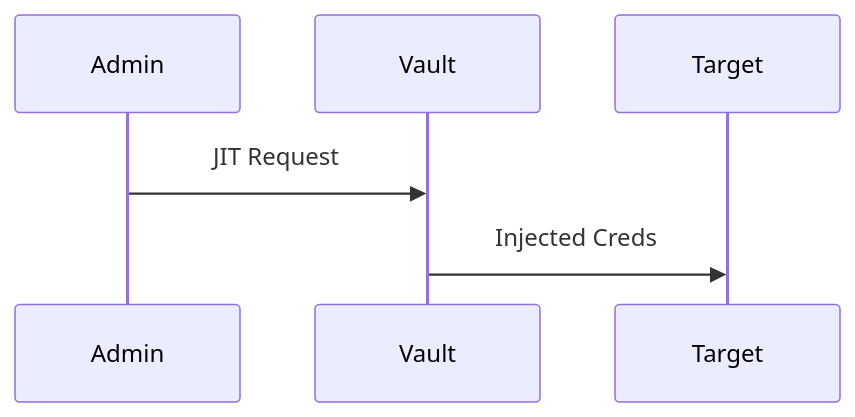
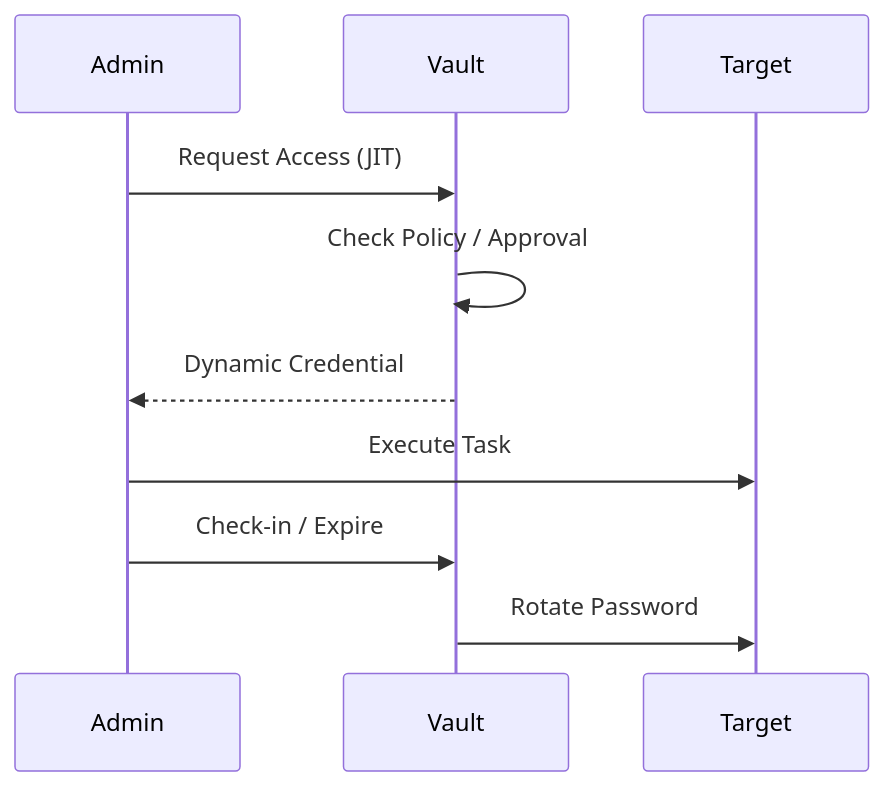
Before and after one commit to Devopstrio/identity-governance-framework: the sixth of 30 diagrams in README.md, drawn with Mermaid. The commit also changed other lines of this file, not shown here.

Commit message:
docs: finalize premium institutional-grade README with 30+ diagrams and executive summary

````diff
--- a/README.md
+++ b/README.md
@@ -64,5 +149,13 @@
 ```mermaid
 sequenceDiagram
-    Admin->>Vault: JIT Request
-    Vault->>Target: Injected Creds
+    participant Admin
+    participant Vault
+    participant Target
+
+    Admin->>Vault: Request Access (JIT)
+    Vault->>Vault: Check Policy / Approval
+    Vault-->>Admin: Dynamic Credential
+    Admin->>Target: Execute Task
+    Admin->>Vault: Check-in / Expire
+    Vault->>Target: Rotate Password
 ```
````
